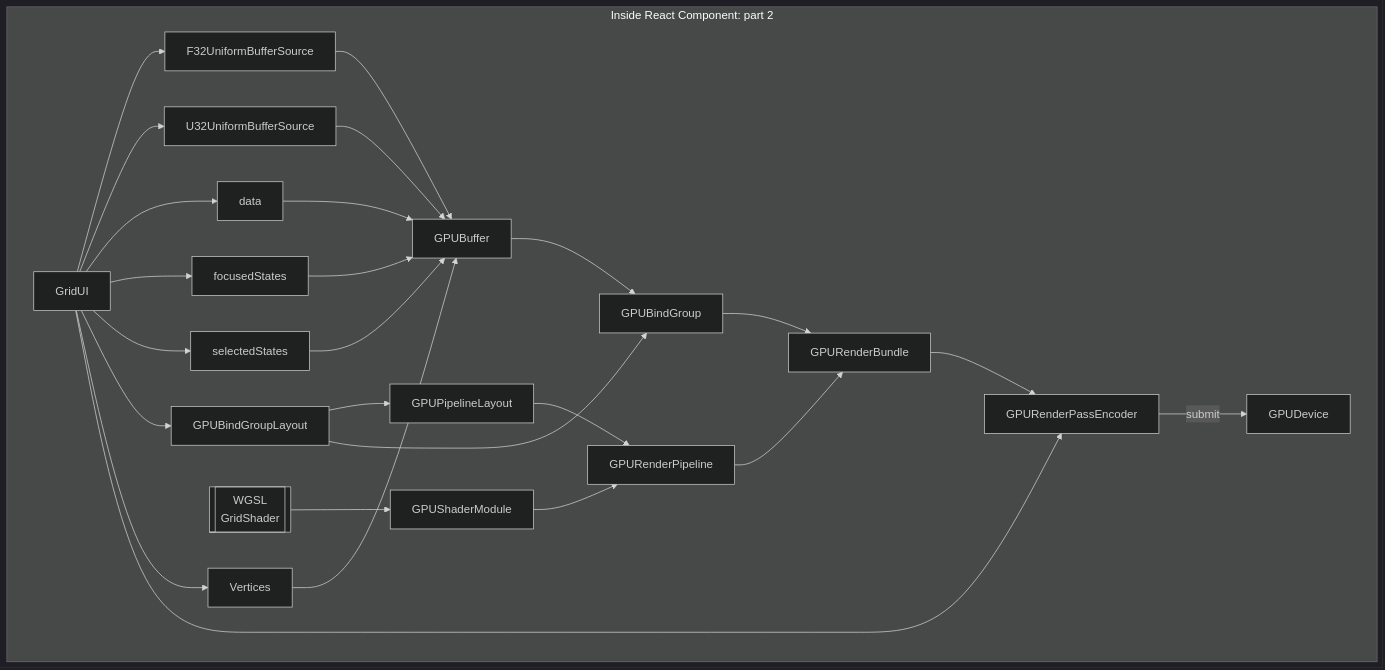
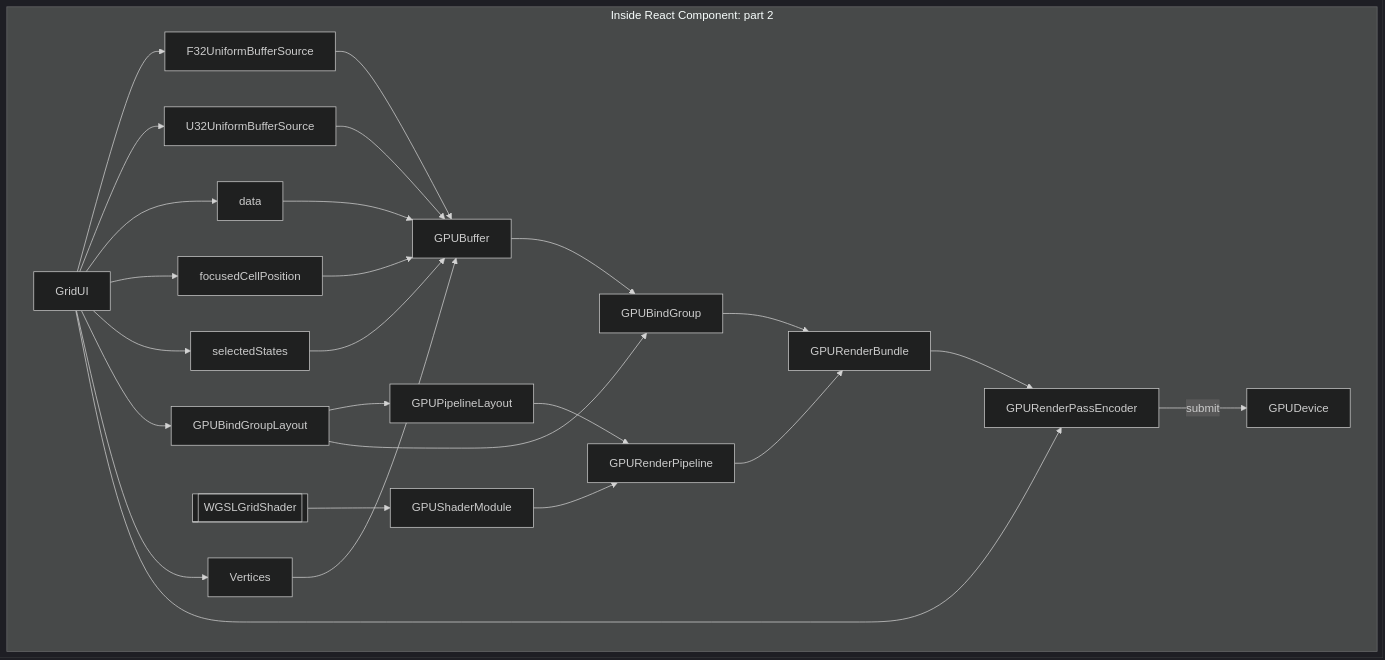
One commit to kubohiroya/webgpu-react-bitmap-viewport changed the fourth of 4 diagrams in README.md. Above: the diagram before and after it, drawn with Mermaid (dark theme). The commit also changed 18 other files, not shown here.

````diff
--- a/README.md
+++ b/README.md
@@ -183,24 +183,24 @@
 ```mermaid
 graph TD;
     subgraph Inside React Component: part 2    
     GridUI --> F32UniformBufferSource --> GPUBuffer
     GridUI --> U32UniformBufferSource --> GPUBuffer
     GridUI --> data --> GPUBuffer
-    GridUI --> focusedStates --> GPUBuffer
+    GridUI --> focusedCellPosition --> GPUBuffer
     GridUI --> selectedStates --> GPUBuffer
     GPUBindGroupLayout --> GPUPipelineLayout
     GPUPipelineLayout --> GPURenderPipeline
-    WGSL[[WGSL\nGridShader]] --> GPUShaderModule
+    WGSL[[WGSLGridShader]] --> GPUShaderModule
     GPUShaderModule --> GPURenderPipeline
     Vertices --> GPUBuffer
     GPUBuffer --> GPUBindGroup
     GPUBindGroupLayout --> GPUBindGroup
     GPURenderPipeline --> GPURenderBundle
     GPUBindGroup --> GPURenderBundle
     GridUI --> GPUBindGroupLayout
     GridUI --> Vertices
     GridUI --> GPURenderPassEncoder
     GPURenderBundle --> GPURenderPassEncoder
     GPURenderPassEncoder --> |submit|GPUDevice
     end
 ```
````
